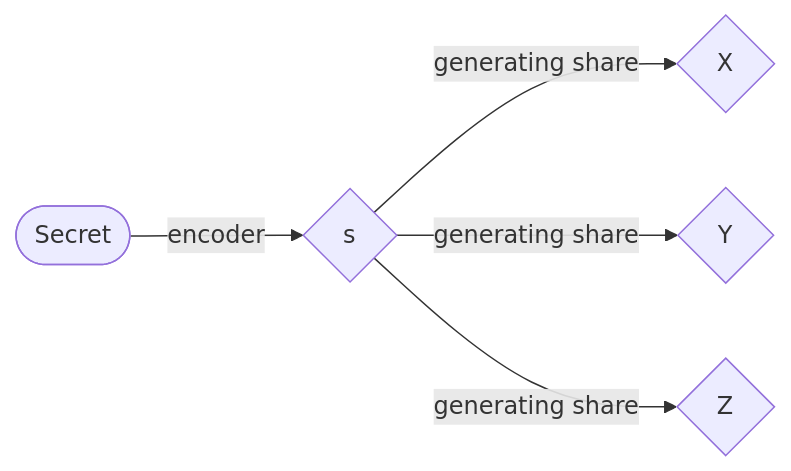
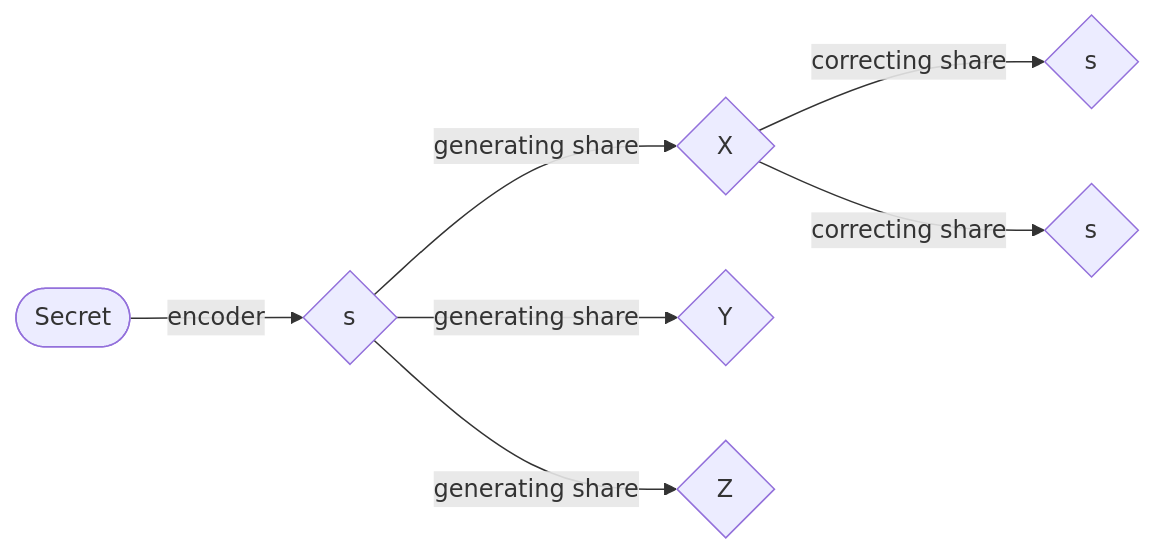
One commit to h28a3/Secret-Sharing changed the diagram in README.md. Above: the diagram before and after it, drawn with Mermaid.

````diff
--- a/README.md
+++ b/README.md
@@ -27,7 +27,9 @@
 ```mermaid
 graph LR
   Start([Secret])-->|encoder|A{s}
   A-->|generating share|B{X}
   A-->|generating share|C{Y}
   A-->|generating share|D{Z}
+  B-->|correcting share|E{s}
+  B-->|correcting share|F{s}
 ```
````
